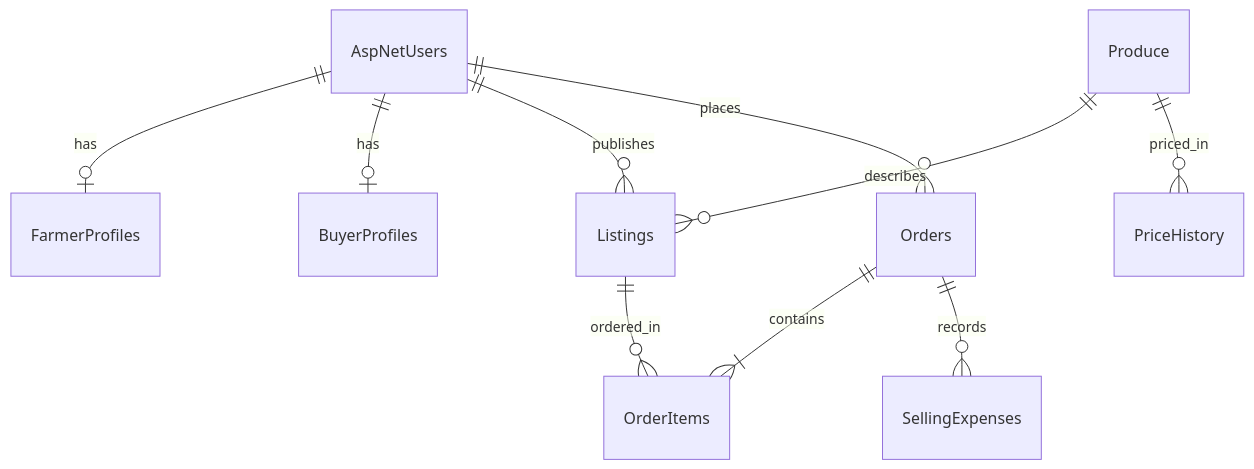
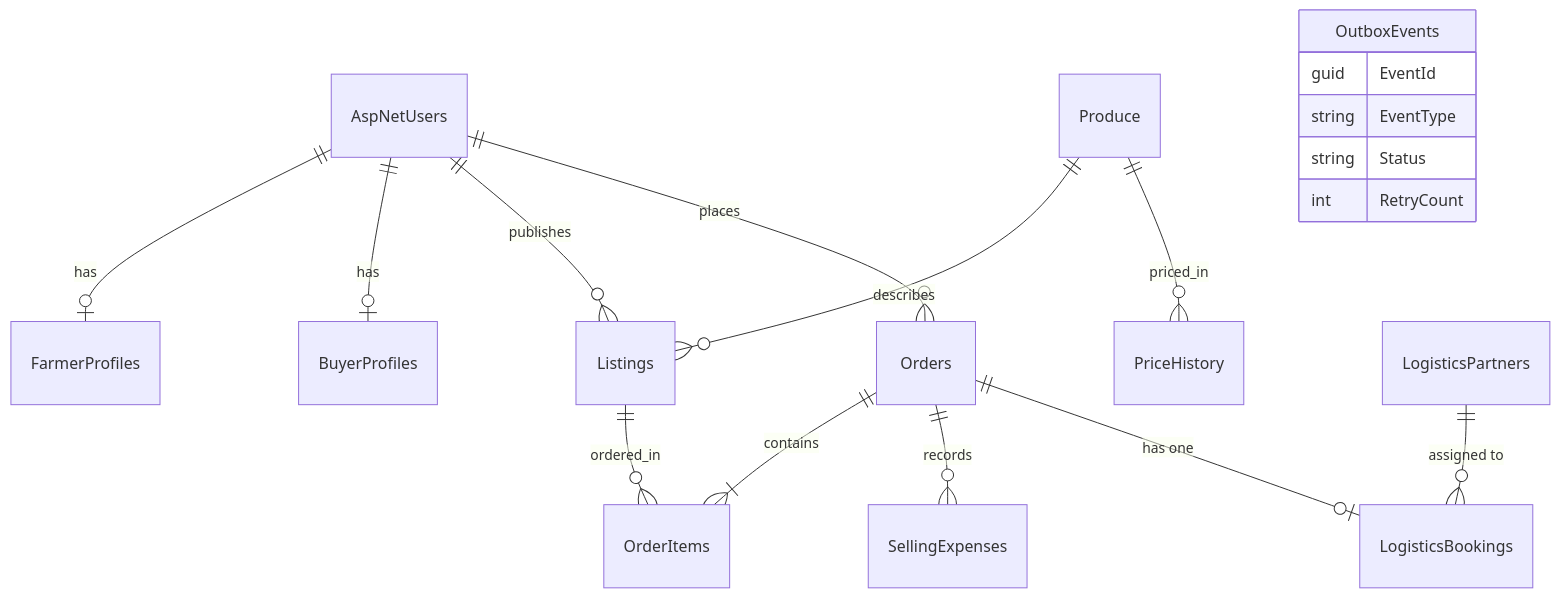
One commit to Snehar273/FarmConnect changed the second of 5 diagrams in README.md. Above: the diagram before and after it, drawn with Mermaid. The commit also changed other lines of this file and 54 other files, not shown here.

````diff
--- a/README.md
+++ b/README.md
@@ -78,12 +61,20 @@
 ```mermaid
 erDiagram
   AspNetUsers ||--o| FarmerProfiles : has
   AspNetUsers ||--o| BuyerProfiles : has
   AspNetUsers ||--o{ Listings : publishes
   Produce ||--o{ Listings : describes
   Produce ||--o{ PriceHistory : priced_in
   AspNetUsers ||--o{ Orders : places
   Orders ||--|{ OrderItems : contains
   Listings ||--o{ OrderItems : ordered_in
   Orders ||--o{ SellingExpenses : records
+  Orders ||--o| LogisticsBookings : "has one"
+  LogisticsPartners ||--o{ LogisticsBookings : "assigned to"
+  OutboxEvents {
+    guid EventId
+    string EventType
+    string Status
+    int RetryCount
+  }
 ```
````
